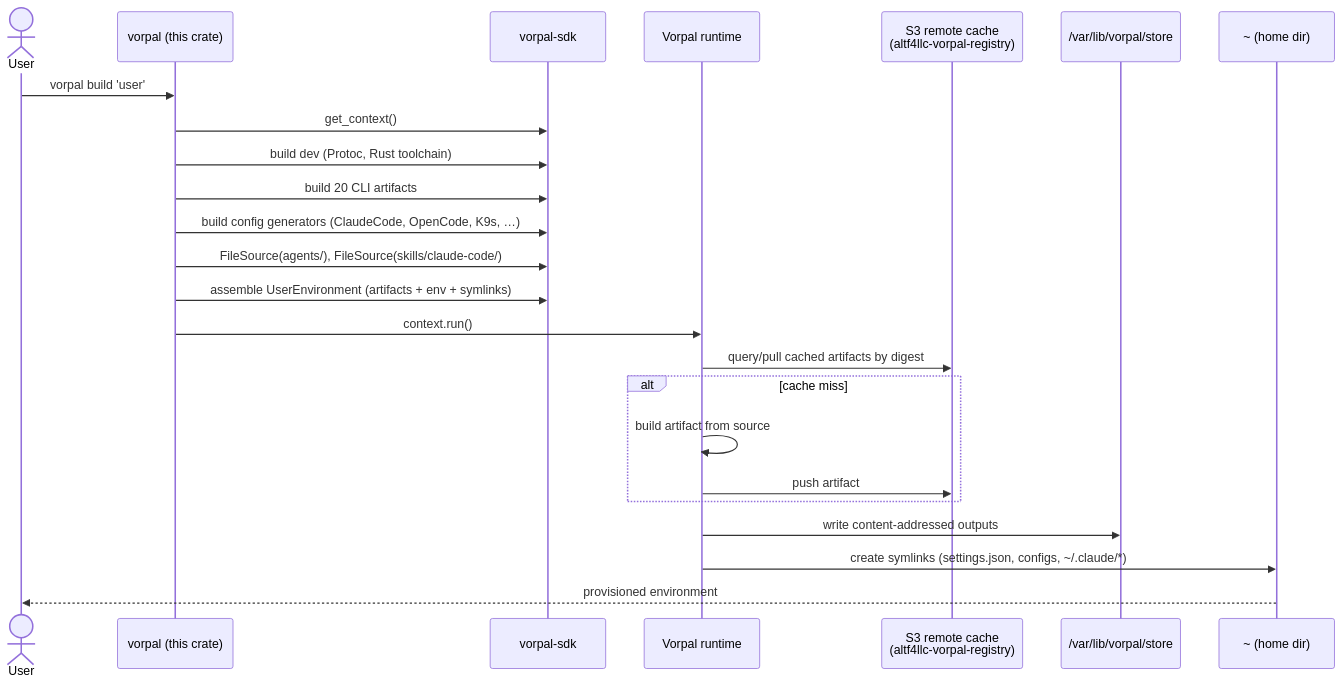
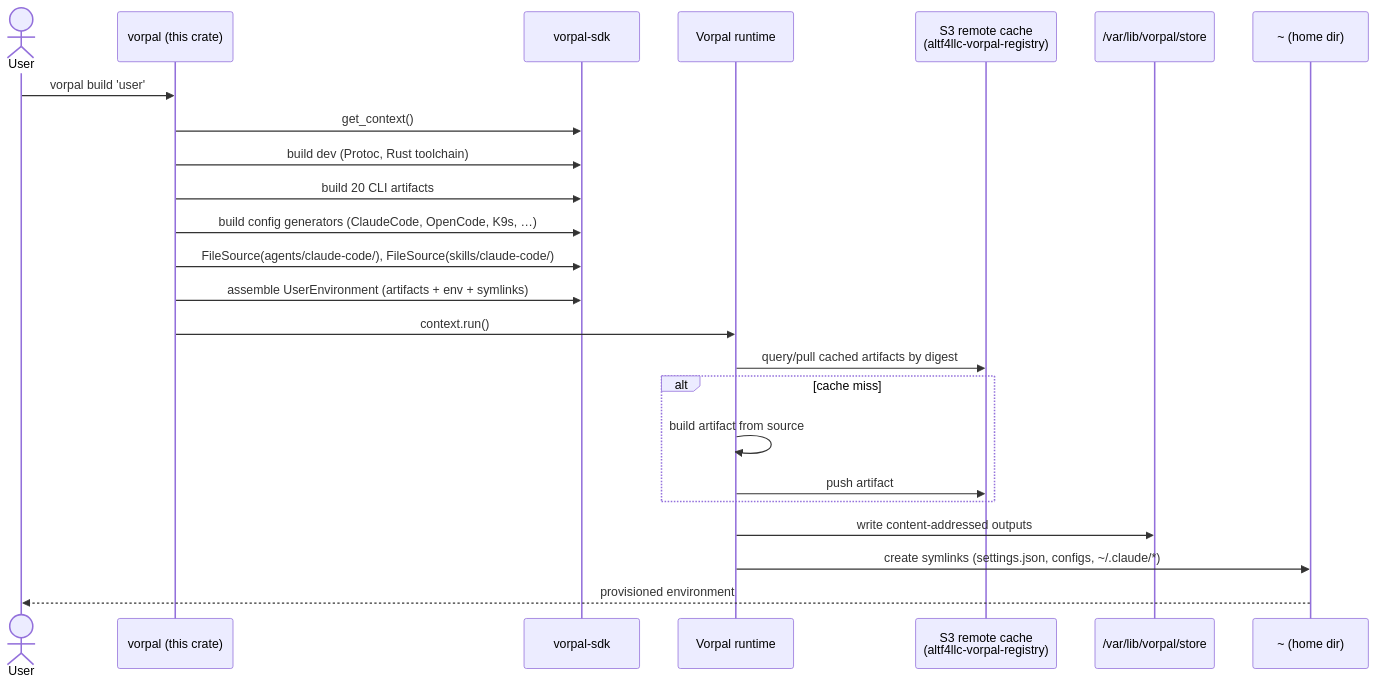
Before and after one commit to ALT-F4-LLC/dotfiles.vorpal: the second of 2 diagrams in docs/spec/architecture.md, drawn with Mermaid. The commit also changed other lines of this file and 29 other files, not shown here.

Commit message:
Move Claude Code agents under scoped directory

````diff
--- a/docs/spec/architecture.md
+++ b/docs/spec/architecture.md
@@ -120,27 +120,27 @@
 ```mermaid
 sequenceDiagram
     actor User
     participant Bin as vorpal (this crate)
     participant SDK as vorpal-sdk
     participant RT as Vorpal runtime
     participant S3 as S3 remote cache<br/>(altf4llc-vorpal-registry)
     participant Store as /var/lib/vorpal/store
     participant Home as ~ (home dir)
 
     User->>Bin: vorpal build 'user'
     Bin->>SDK: get_context()
     Bin->>SDK: build dev (Protoc, Rust toolchain)
     Bin->>SDK: build 20 CLI artifacts
     Bin->>SDK: build config generators (ClaudeCode, OpenCode, K9s, …)
-    Bin->>SDK: FileSource(agents/), FileSource(skills/claude-code/)
+    Bin->>SDK: FileSource(agents/claude-code/), FileSource(skills/claude-code/)
     Bin->>SDK: assemble UserEnvironment (artifacts + env + symlinks)
     Bin->>RT: context.run()
     RT->>S3: query/pull cached artifacts by digest
     alt cache miss
         RT->>RT: build artifact from source
         RT->>S3: push artifact
     end
     RT->>Store: write content-addressed outputs
     RT->>Home: create symlinks (settings.json, configs, ~/.claude/*)
     Home-->>User: provisioned environment
 ```
````
